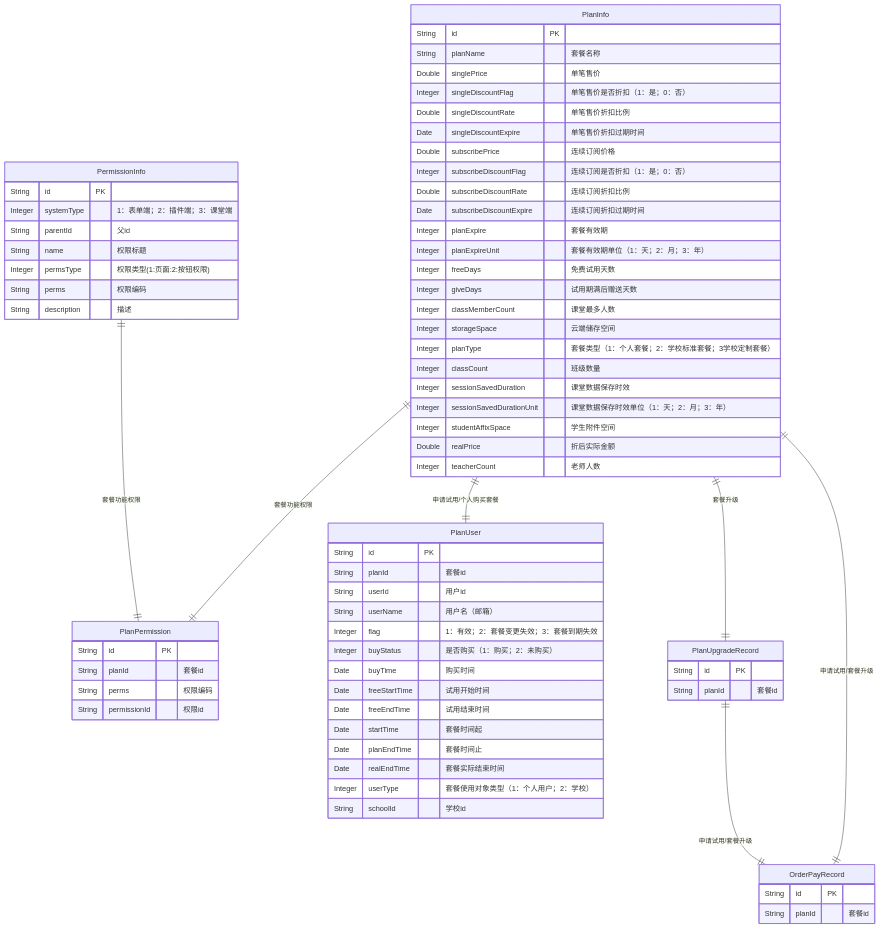
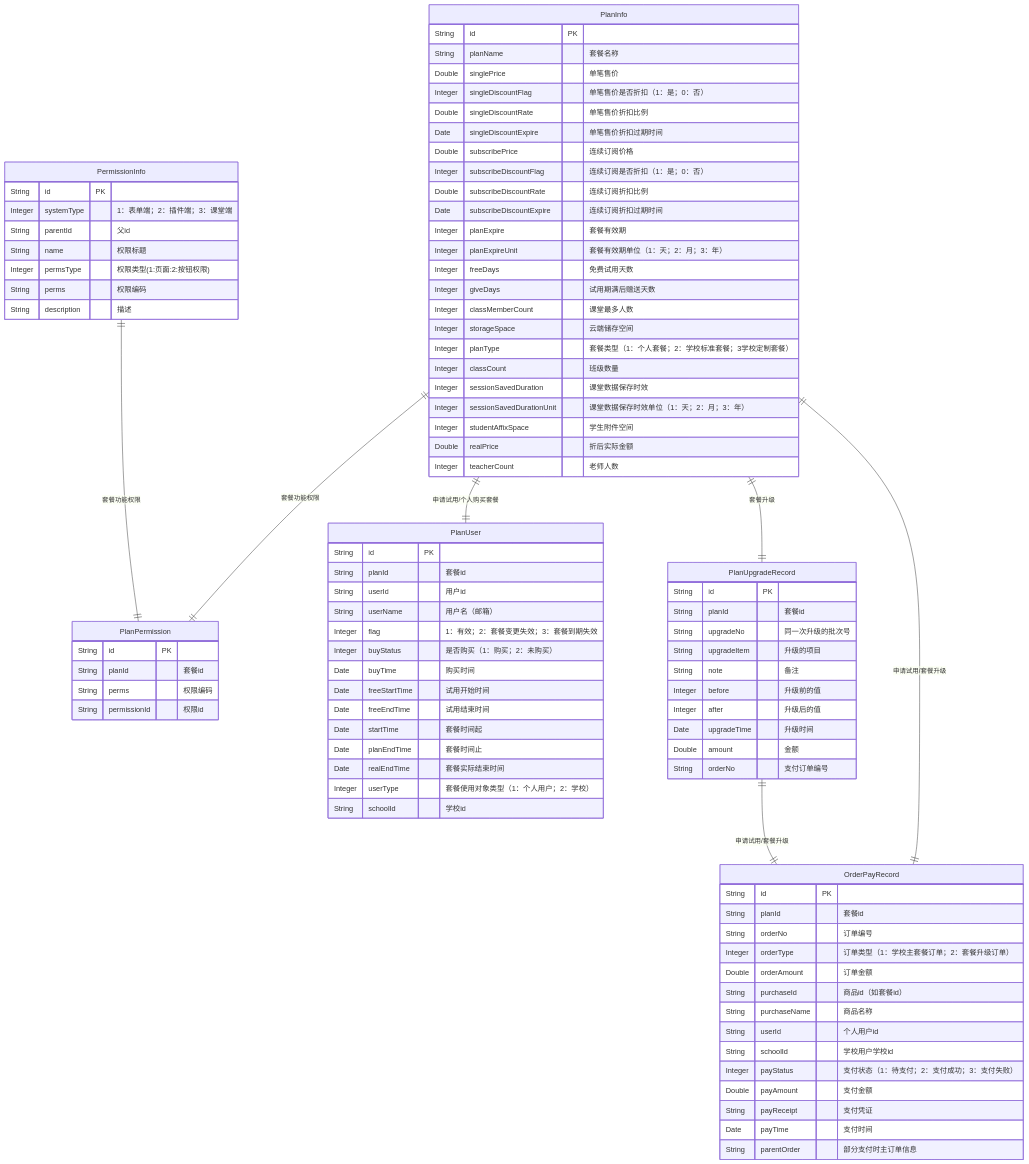
One commit to zran-nz/doc changed the diagram in uml/plan.md. Above: the diagram before and after it, drawn with Mermaid. The commit also changed 1 other file, not shown here.

Commit message:
套餐、学校运营管理uml完善

```diff
--- a/uml/plan.md
+++ b/uml/plan.md
@@ -75,6 +75,15 @@
 PlanUpgradeRecord{
   String id PK
   String planId "套餐id"
+  String upgradeNo "同一次升级的批次号"
+  String upgradeItem "升级的项目"
+  String note "备注"
+  Integer before "升级前的值"
+  Integer after "升级后的值"
+  Date upgradeTime "升级时间"
+  Double amount "金额"
+  String orderNo "支付订单编号"
+
 }
 
 
@@ -84,6 +93,18 @@
 OrderPayRecord{
   String id PK
   String planId "套餐id"
+  String orderNo "订单编号"
+  Integer orderType "订单类型（1：学校主套餐订单；2：套餐升级订单）"
+  Double orderAmount "订单金额"
+  String purchaseId "商品id（如套餐id）"
+  String purchaseName "商品名称"
+  String userId "个人用户id"
+  String schoolId "学校用户学校id"
+  Integer payStatus "支付状态（1：待支付；2：支付成功；3：支付失败）"
+  Double payAmount "支付金额"
+  String payReceipt "支付凭证"
+  Date payTime "支付时间"
+  String parentOrder "部分支付时主订单信息"
 }
 
 
```
